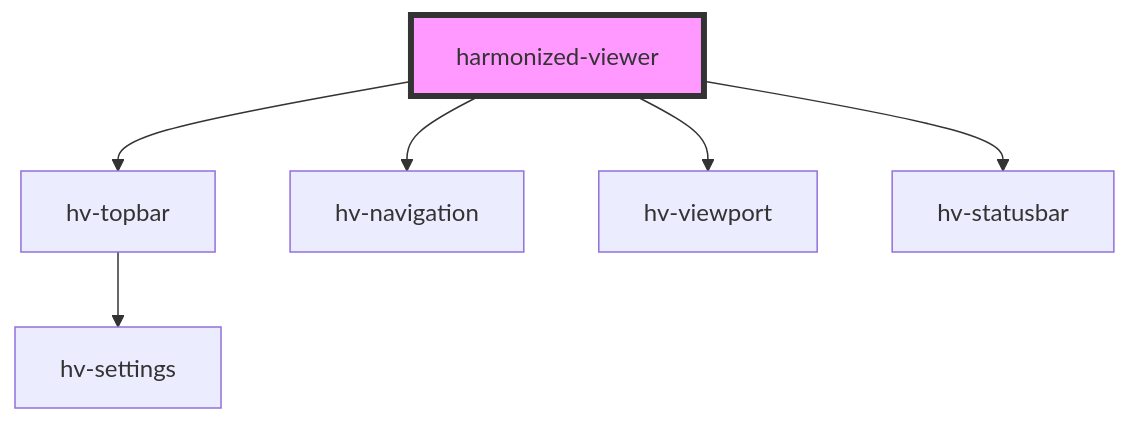
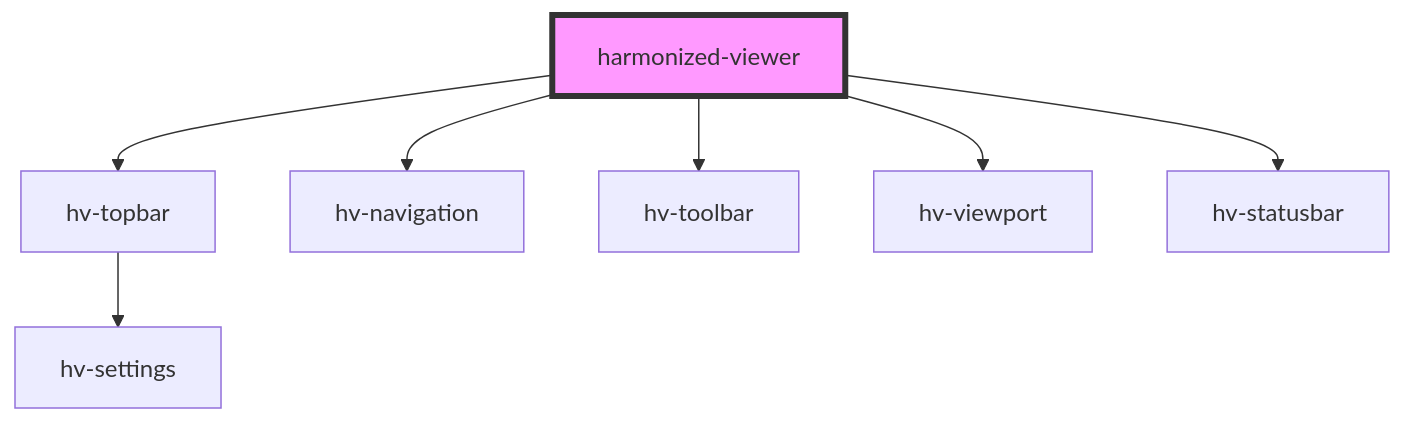
One commit to bac-lac/lac-harmonized-viewer changed the diagram in src/components/viewer-component/readme.md. Above: the diagram before and after it, drawn with Mermaid. The commit also changed other lines of this file and 44 other files, not shown here.

````diff
--- a/src/components/viewer-component/readme.md
+++ b/src/components/viewer-component/readme.md
@@ -36,9 +37,10 @@
 ```mermaid
 graph TD;
   harmonized-viewer --> hv-topbar
   harmonized-viewer --> hv-navigation
+  harmonized-viewer --> hv-toolbar
   harmonized-viewer --> hv-viewport
   harmonized-viewer --> hv-statusbar
   hv-topbar --> hv-settings
   style harmonized-viewer fill:#f9f,stroke:#333,stroke-width:4px
 ```
````
